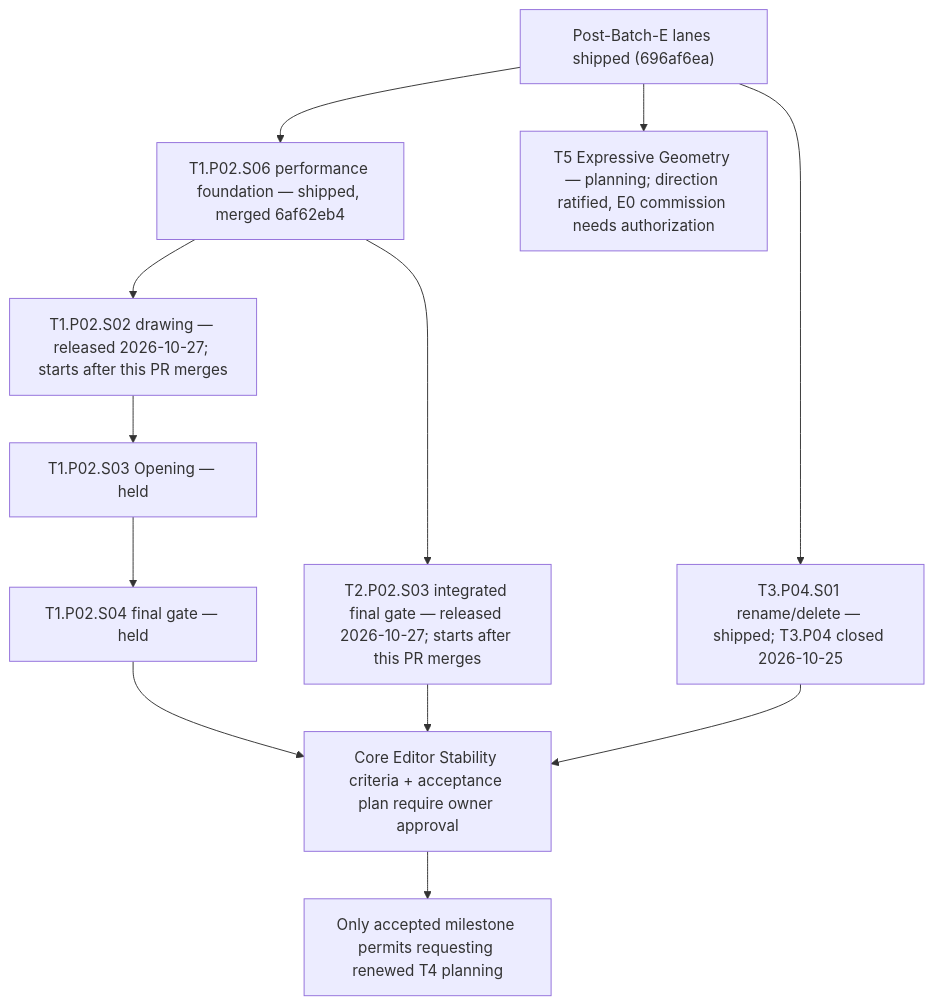
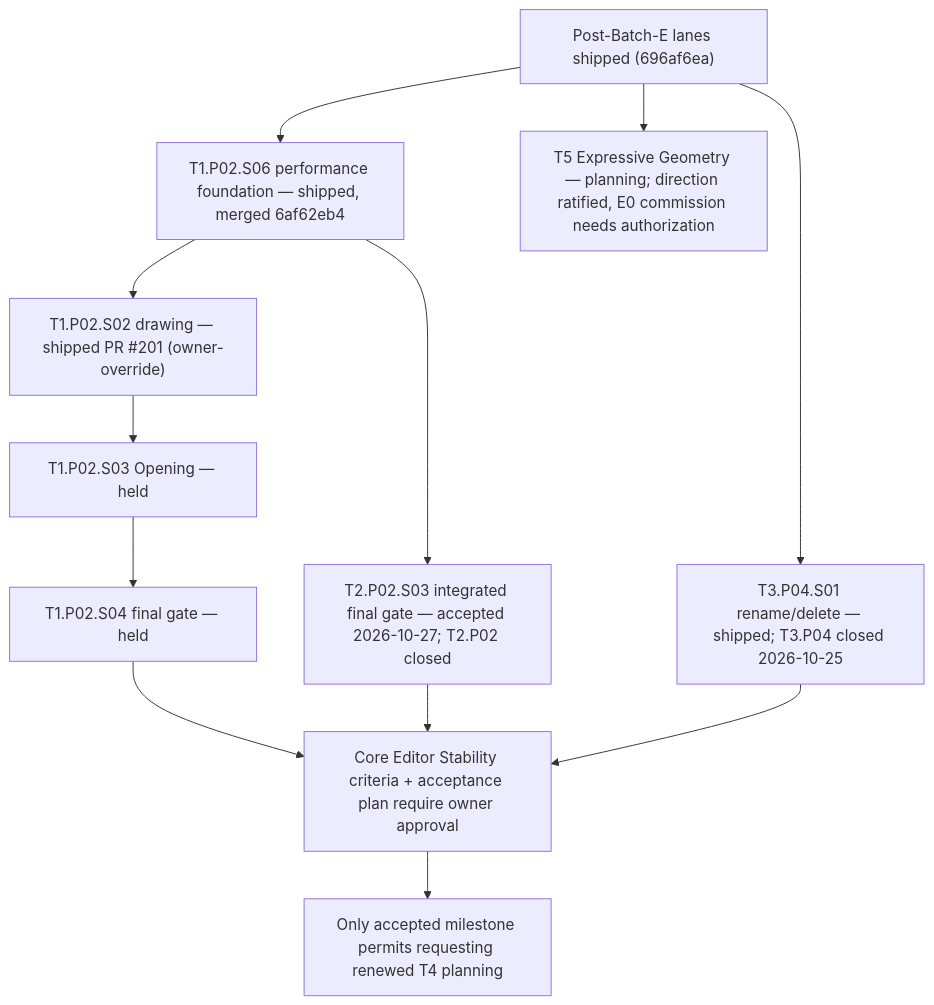
Before and after one commit to Biskiq/spatial-sketch-editor: the diagram in docs/roadmap/cross-track-execution.md, drawn with Mermaid. The commit also changed other lines of this file and 15 other files, not shown here.

````diff
--- a/docs/roadmap/cross-track-execution.md
+++ b/docs/roadmap/cross-track-execution.md
@@ -84,15 +84,15 @@
 ```mermaid
 flowchart TD
   B["Post-Batch-E lanes shipped (696af6ea)"]
   B --> P["T1.P02.S06 performance foundation — shipped, merged 6af62eb4"]
-  P -->  D["T1.P02.S02 drawing — released 2026-10-27; starts after this PR merges"]
+  P -->  D["T1.P02.S02 drawing — shipped PR #201 (owner-override)"]
   D --> O["T1.P02.S03 Opening — held"]
   O --> F["T1.P02.S04 final gate — held"]
-  P -->  IF["T2.P02.S03 integrated final gate — released 2026-10-27; starts after this PR merges"]
+  P -->  IF["T2.P02.S03 integrated final gate — accepted 2026-10-27; T2.P02 closed"]
   B --> C["T3.P04.S01 rename/delete — shipped; T3.P04 closed 2026-10-25"]
   B --> T5["T5 Expressive Geometry — planning; direction ratified, E0 commission needs authorization"]
   F --> CES["Core Editor Stability criteria + acceptance plan require owner approval"]
   IF --> CES
   C --> CES
   CES --> T4["Only accepted milestone permits requesting renewed T4 planning"]
 ```
````
